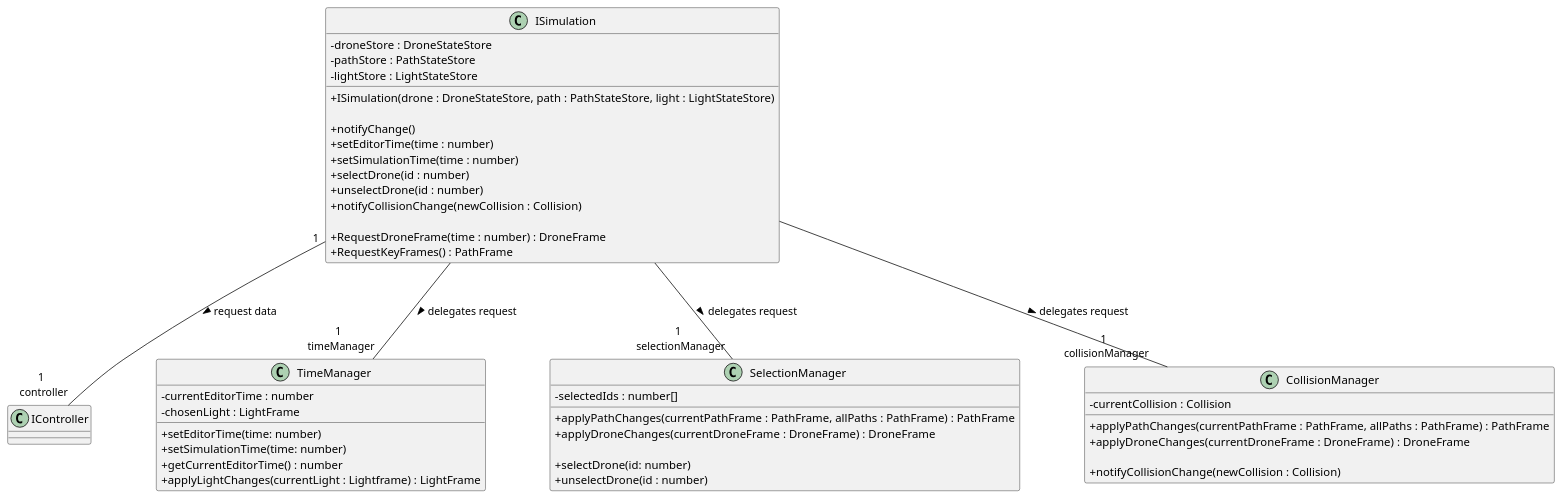
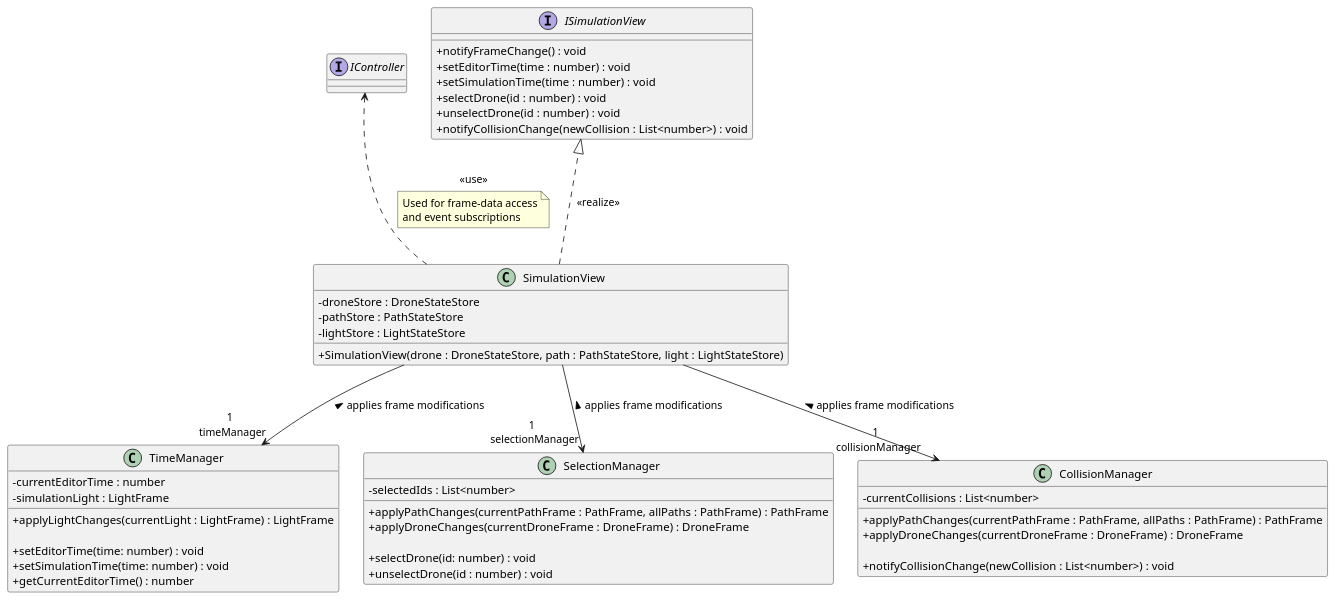
Before and after one commit to nojusbarth/OFC: the diagram in diagrams/simulationInterface.puml, drawn with PlantUML. The commit also changed 28 other files, not shown here.

Commit message:
final diagram

```diff
--- a/diagrams/simulationInterface.puml
+++ b/diagrams/simulationInterface.puml
@@ -1,72 +1,89 @@
-@startuml name Class Diagram: ISimulation + Subsystems
+@startuml name Class Diagram: SimulationView + Subsystems
 skinparam classAttributeIconSize 0
-skinparam nodesep 80
-skinparam ranksep 100
+top to bottom direction
+skinparam ranksep 80
+skinparam nodesep 30
+
 ' =====================================================
-' Class Diagram: ISimulation + Subsystems
+' Class Diagram: SimulationView + Subsystems
 ' =====================================================
 
-class IController
+interface IController
 
-' ISimulation – the central interface (Facade)
-class ISimulation {
+interface ISimulationView {
+  + notifyFrameChange() : void
+  + setEditorTime(time : number) : void
+  + setSimulationTime(time : number) : void
+  + selectDrone(id : number) : void
+  + unselectDrone(id : number) : void
+  + notifyCollisionChange(newCollision : List<number>) : void
+
+}
+
+' SimulationView – the central interface (Facade)
+class SimulationView {
 
   - droneStore : DroneStateStore
   - pathStore : PathStateStore
   - lightStore : LightStateStore
 
-  + ISimulation(drone : DroneStateStore, path : PathStateStore, light : LightStateStore)
+  + SimulationView(drone : DroneStateStore, path : PathStateStore, light : LightStateStore)
 
-  + notifyChange()
-  + setEditorTime(time : number)
-  + setSimulationTime(time : number)
-  + selectDrone(id : number)
-  + unselectDrone(id : number)
-  + notifyCollisionChange(newCollision : Collision)
-
-  + RequestDroneFrame(time : number) : DroneFrame
-  + RequestKeyFrames() : PathFrame
+ 
 }
 
 ' Subsystems – internal logic
 class TimeManager {
   - currentEditorTime : number
-  - chosenLight : LightFrame
+  - simulationLight : LightFrame
 
-  + setEditorTime(time: number)
-  + setSimulationTime(time: number)
+  + applyLightChanges(currentLight : LightFrame) : LightFrame
+
+  + setEditorTime(time: number) : void
+  + setSimulationTime(time: number) : void
   + getCurrentEditorTime() : number
-  + applyLightChanges(currentLight : Lightframe) : LightFrame
 
 }
 
 
 
 class SelectionManager {
-  - selectedIds : number[]
+  - selectedIds : List<number>
 
   + applyPathChanges(currentPathFrame : PathFrame, allPaths : PathFrame) : PathFrame
   + applyDroneChanges(currentDroneFrame : DroneFrame) : DroneFrame
 
-  + selectDrone(id: number)
-  + unselectDrone(id : number)
+  + selectDrone(id: number) : void
+  + unselectDrone(id : number) : void
 }
 
 class CollisionManager {
-  -currentCollision : Collision
+  -currentCollisions : List<number>
 
   + applyPathChanges(currentPathFrame : PathFrame, allPaths : PathFrame) : PathFrame
   + applyDroneChanges(currentDroneFrame : DroneFrame) : DroneFrame
 
-  + notifyCollisionChange(newCollision : Collision)
+  + notifyCollisionChange(newCollision : List<number>) : void
 }
 
+SimulationView ..|> ISimulationView : <<realize>>
 
-' Relationships: Delegation from ISimulation to subsystems
-ISimulation " " -- "1 \n timeManager" TimeManager : delegates request >
-ISimulation " " -- "1 \n selectionManager" SelectionManager : delegates request >
-ISimulation " " -- "1 \n collisionManager" CollisionManager : delegates request >
+' Relationships: Delegation from SimulationView to subsystems
+SimulationView " " --> "1 \n timeManager" TimeManager : applies frame modifications <
+SimulationView " " --> "1 \n selectionManager" SelectionManager : applies frame modifications <
+SimulationView " " --> "1 \n collisionManager" CollisionManager : applies frame modifications <
 
-ISimulation "1" -- "1 \n controller" IController : request data >
+SimulationView " " ..> " " IController : <<use>>
+
+note on link
+  Used for frame-data access
+  and event subscriptions
+end note
+
+' formatting '
+IController -[hidden]-> ISimulationView
+ISimulationView -[hidden]-> SimulationView
+SimulationView -[hidden]-> TimeManager
+IController -right[hidden]-> ISimulationView
 
 @enduml
```
